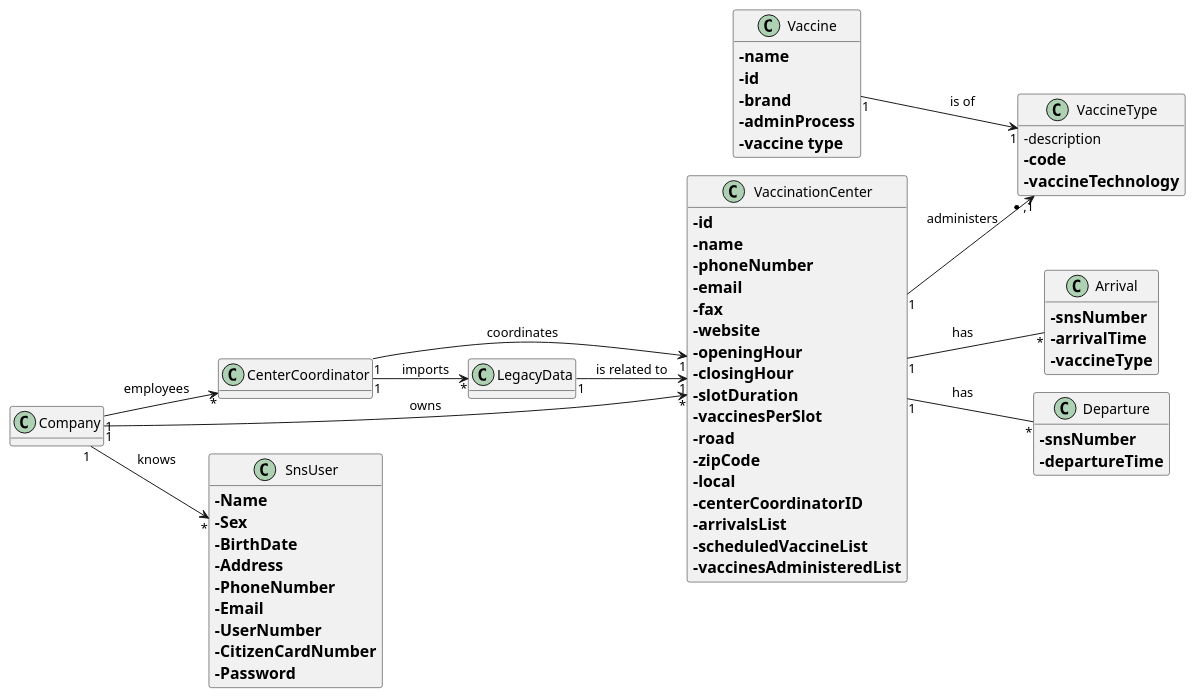
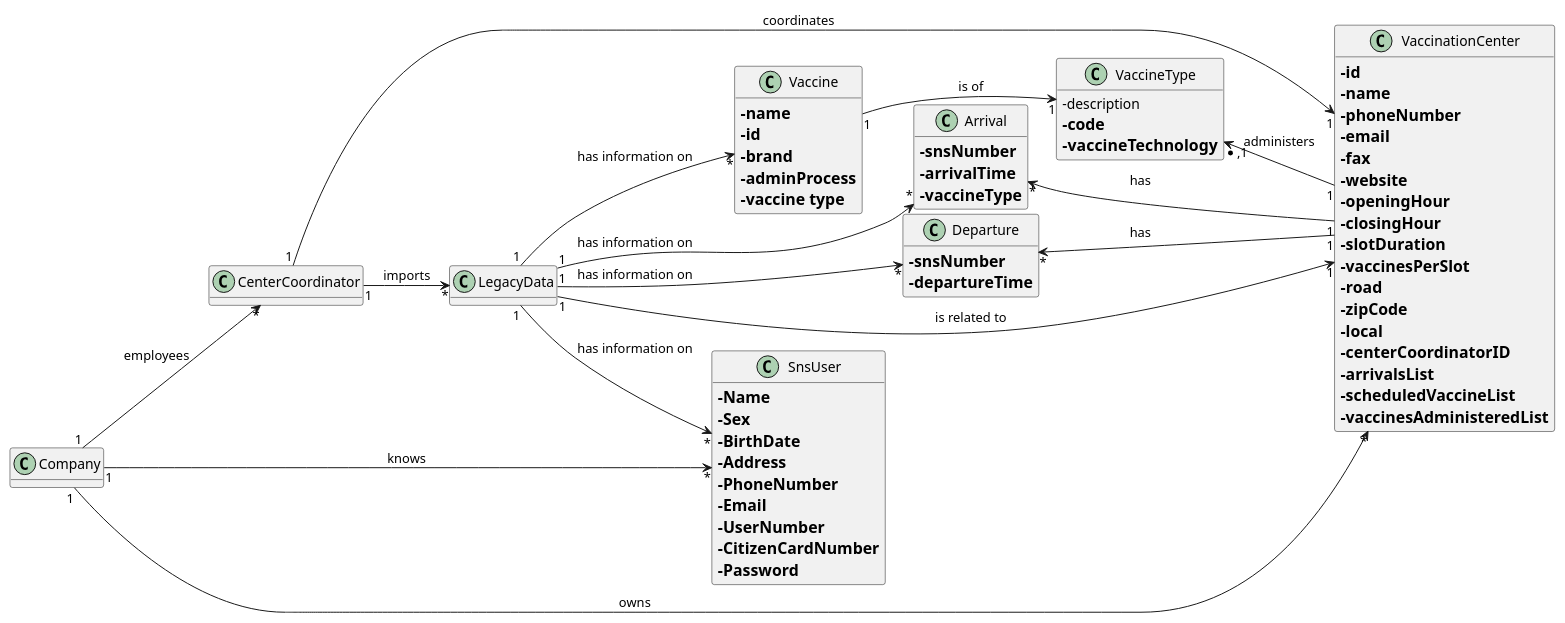
The diagram in docs/SprintD/US017/US017_DM.puml (Pirussa/lei-22-s2-1da-g02), drawn with PlantUML before and after one commit. The commit also changed 4 other files, not shown here.

```diff
--- a/docs/SprintD/US017/US017_DM.puml
+++ b/docs/SprintD/US017/US017_DM.puml
@@ -1,83 +1,89 @@
 @startuml
 !pragma layout smetana
 
 hide methods
 left to right direction
 skinparam classAttributeIconSize 0
 
 
 class CenterCoordinator
 
 
 class VaccinationCenter {
 ==-id
 ==-name
 ==-phoneNumber
 ==-email
 ==-fax
 ==-website
 ==-openingHour
 ==-closingHour
 ==-slotDuration
 ==-vaccinesPerSlot
 ==-road
 ==-zipCode
 ==-local
 ==-centerCoordinatorID
 ==-arrivalsList
 ==-scheduledVaccineList
 ==-vaccinesAdministeredList
 }
 
 class SnsUser {
 ==-Name
 ==-Sex
 ==-BirthDate
 ==-Address
 ==-PhoneNumber
 ==-Email
 ==-UserNumber
 ==-CitizenCardNumber
 ==-Password
 }
 
 
 class VaccineType{
 -description
 ==-code
 ==-vaccineTechnology
 }
 
 class Vaccine {
 ==-name
 ==-id
 ==-brand
 ==-adminProcess
 ==-vaccine type
 }
 
 class Arrival {
 ==-snsNumber
 ==-arrivalTime
 ==-vaccineType
 }
 
 class Departure {
 ==-snsNumber
 ==-departureTime
 }
 
+Company "1" ---> "*" VaccinationCenter : owns >
+Company "1" -d-> "*" CenterCoordinator : employees >
+Company "1" -r-> "*" SnsUser : knows >
 
-VaccinationCenter "1" -- "*" Arrival : has >
-VaccinationCenter "1" -- "*" Departure : has >
+CenterCoordinator "1" --> "1" VaccinationCenter : coordinates >
 CenterCoordinator "1" --> "*" LegacyData: imports
+
+VaccinationCenter "1" -u-> "*" Arrival : has >
+VaccinationCenter "1" -u-> "*" Departure : has >
+VaccinationCenter "1" -u-> "*,1" VaccineType: administers >
+
+Vaccine "1" --> "1" VaccineType : is of >
+
 LegacyData "1" --> "1" VaccinationCenter: is related to
-CenterCoordinator "1" --> "1" VaccinationCenter : coordinates >
-VaccinationCenter "1" --> "*,1" VaccineType: administers >
-Vaccine "1" --> "1" VaccineType : is of >
-Company "1" --> "*" VaccinationCenter : owns >
-Company "1" --> "*" CenterCoordinator : employees >
-Company "1" --> "*" SnsUser : knows >
-
+LegacyData "1" --> "*" SnsUser : has information on
+LegacyData "1" --> "*" Arrival : has information on
+LegacyData "1" --> "*" Departure : has information on
+LegacyData "1" --> "*" Vaccine : has information on
 
 @enduml
```
